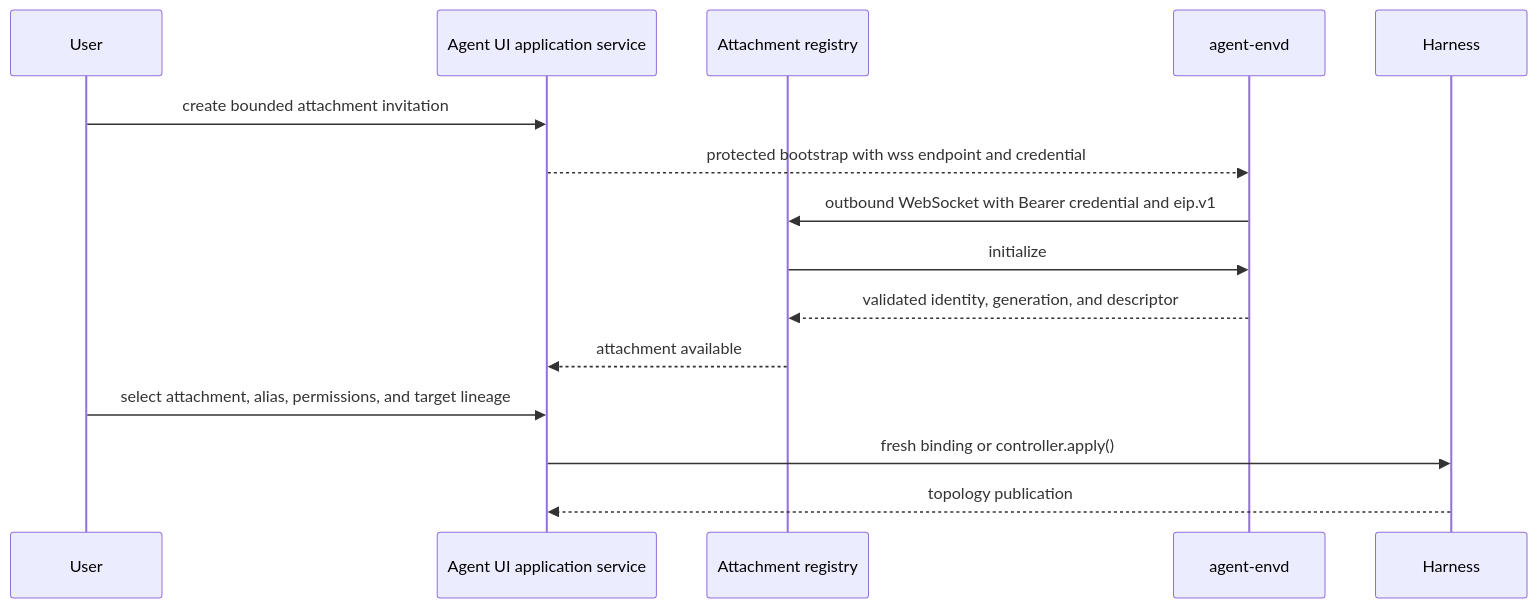
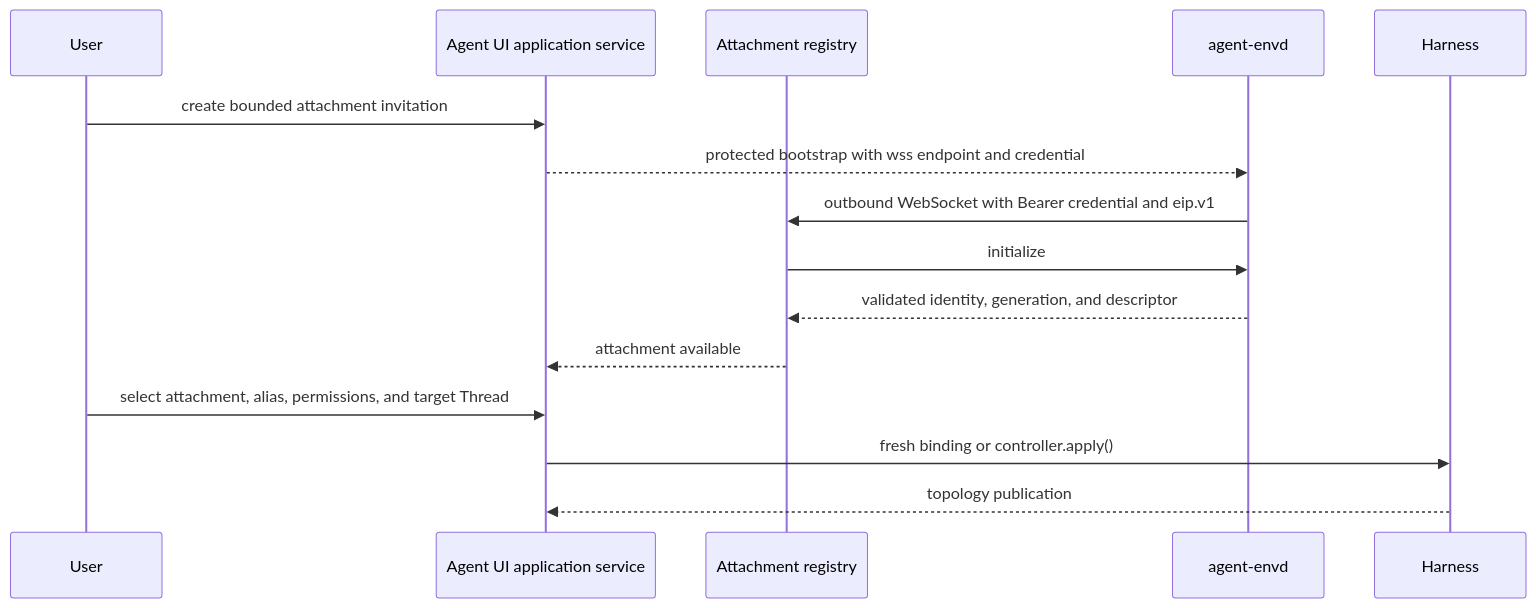
The first of 3 diagrams in spec/agent-ui/03-runtime-subagents-and-surfaces.md (LTThreeComma/agent-foundation), drawn with Mermaid before and after one commit. The commit also changed other lines of this file and 92 other files, not shown here.

````diff
--- a/spec/agent-ui/03-runtime-subagents-and-surfaces.md
+++ b/spec/agent-ui/03-runtime-subagents-and-surfaces.md
@@ -46,18 +46,18 @@
 ```mermaid
 sequenceDiagram
     participant User
     participant App as Agent UI application service
     participant Registry as Attachment registry
     participant Envd as agent-envd
     participant Harness
 
     User->>App: create bounded attachment invitation
     App-->>Envd: protected bootstrap with wss endpoint and credential
     Envd->>Registry: outbound WebSocket with Bearer credential and eip.v1
     Registry->>Envd: initialize
     Envd-->>Registry: validated identity, generation, and descriptor
     Registry-->>App: attachment available
-    User->>App: select attachment, alias, permissions, and target lineage
+    User->>App: select attachment, alias, permissions, and target Thread
     App->>Harness: fresh binding or controller.apply()
     Harness-->>App: topology publication
 ```
````
